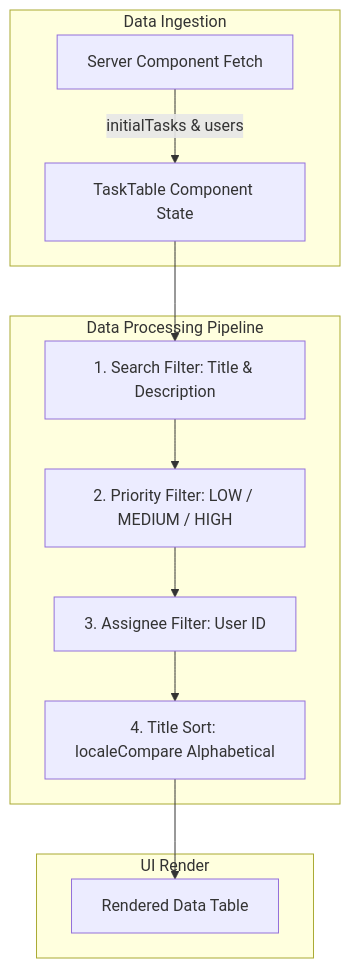
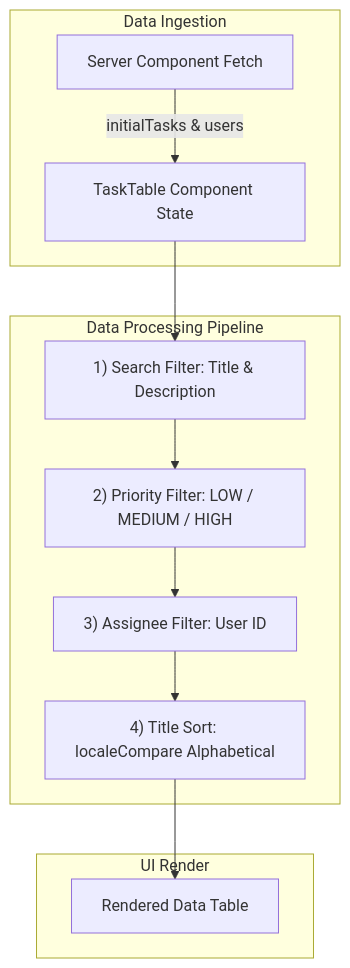
Before and after one commit to ensanguine2279/sctp-aie-m4-assignment-web: the fifth of 6 diagrams in README.md, drawn with Mermaid. The commit also changed other lines of this file, not shown here.

````diff
--- a/README.md
+++ b/README.md
@@ -176,18 +176,18 @@
 ```mermaid
 graph TB
     subgraph Ingestion ["Data Ingestion"]
         RSC["Server Component Fetch"] -->|"initialTasks & users"| TaskTable["TaskTable Component State"]
     end
 
     subgraph Pipeline ["Data Processing Pipeline"]
-        TaskTable --> Filter_Search["1#46; Search Filter: Title & Description"]
-        Filter_Search --> Filter_Priority["2#46; Priority Filter: LOW / MEDIUM / HIGH"]
-        Filter_Priority --> Filter_Assignee["3#46; Assignee Filter: User ID"]
-        Filter_Assignee --> Sort_Title["4#46; Title Sort: localeCompare Alphabetical"]
+        TaskTable --> Filter_Search["1) Search Filter: Title & Description"]
+        Filter_Search --> Filter_Priority["2) Priority Filter: LOW / MEDIUM / HIGH"]
+        Filter_Priority --> Filter_Assignee["3) Assignee Filter: User ID"]
+        Filter_Assignee --> Sort_Title["4) Title Sort: localeCompare Alphabetical"]
     end
 
     subgraph Render ["UI Render"]
         Sort_Title --> DOM["Rendered Data Table"]
     end
 
 ```
````
